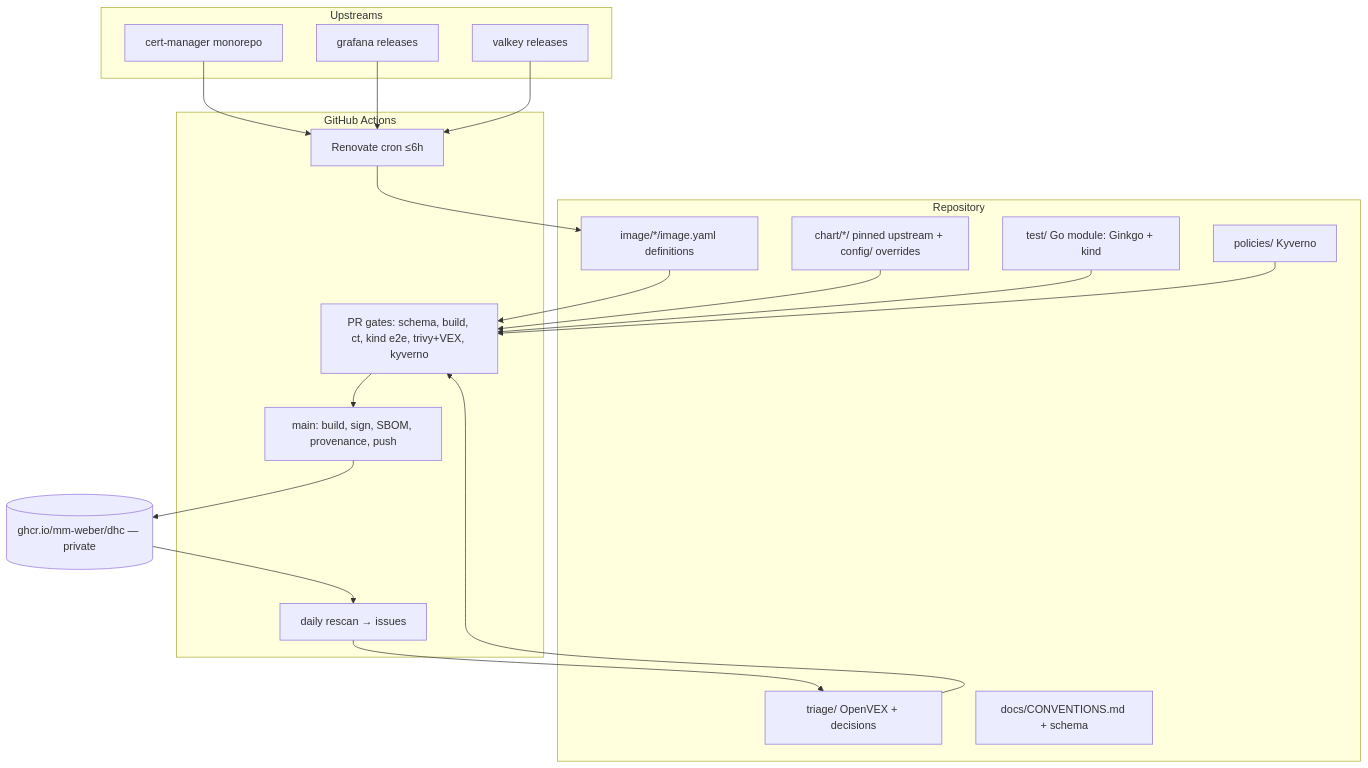
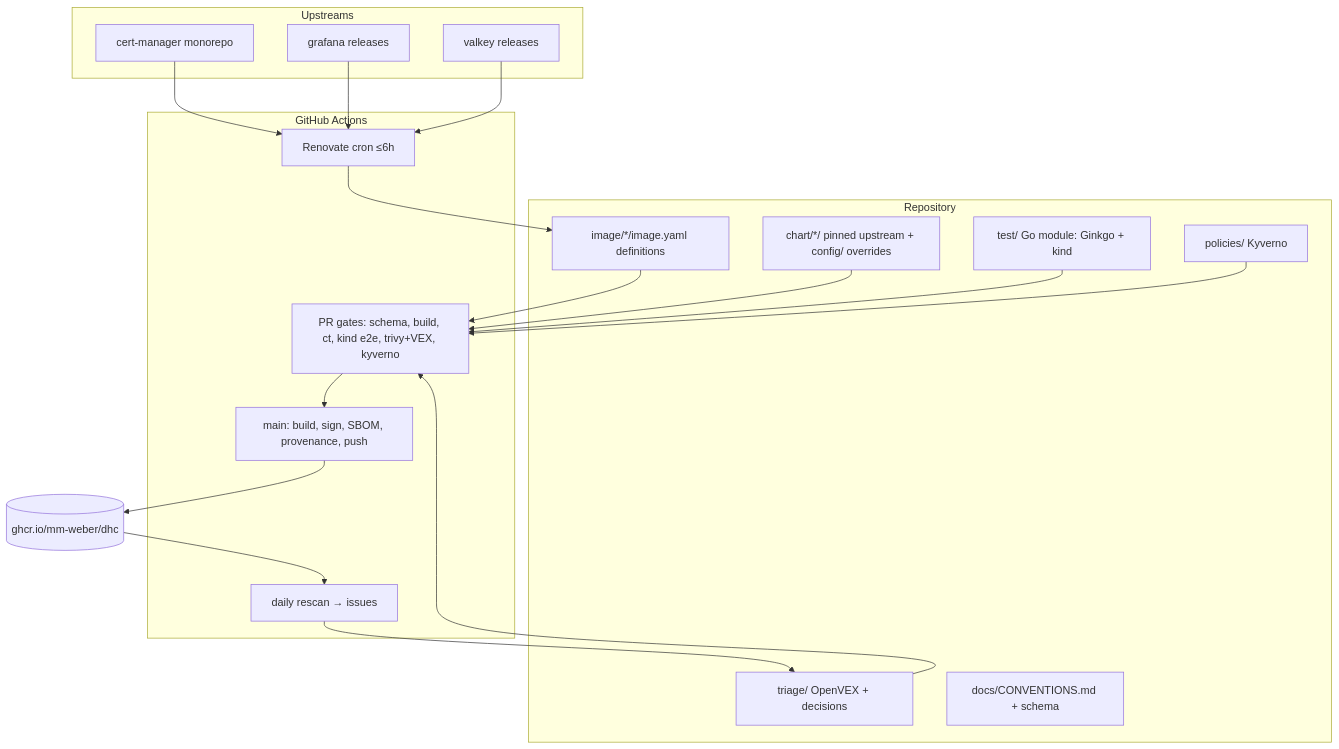
Before and after one commit to mm-weber/dhc-pipeline: the first of 2 diagrams in .specs/dhc-catalogue-mvp/design.md, drawn with Mermaid. The commit also changed other lines of this file and 14 other files, not shown here.

````diff
--- a/.specs/dhc-catalogue-mvp/design.md
+++ b/.specs/dhc-catalogue-mvp/design.md
@@ -35,34 +37,34 @@
 ```mermaid
 graph TB
     subgraph Upstreams
         UP1[cert-manager monorepo]
         UP2[grafana releases]
         UP3[valkey releases]
     end
 
     subgraph Repository
         DEF[image/*/image.yaml definitions]
         CHT[chart/*/ pinned upstream + config/ overrides]
         TST[test/ Go module: Ginkgo + kind]
         TRI[triage/ OpenVEX + decisions]
         POL[policies/ Kyverno]
         CON[docs/CONVENTIONS.md + schema]
     end
 
     subgraph Automation["GitHub Actions"]
         REN[Renovate cron ≤6h]
         CI[PR gates: schema, build, ct, kind e2e, trivy+VEX, kyverno]
         REL[main: build, sign, SBOM, provenance, push]
         SCAN[daily rescan → issues]
     end
 
-    GHCR[(ghcr.io/mm-weber/dhc — private)]
+    GHCR[(ghcr.io/mm-weber/dhc)]
 
     UP1 & UP2 & UP3 --> REN --> DEF
     DEF --> CI --> REL --> GHCR
     CHT --> CI
     TST --> CI
     POL --> CI
     GHCR --> SCAN --> TRI
     TRI --> CI
 ```
````
